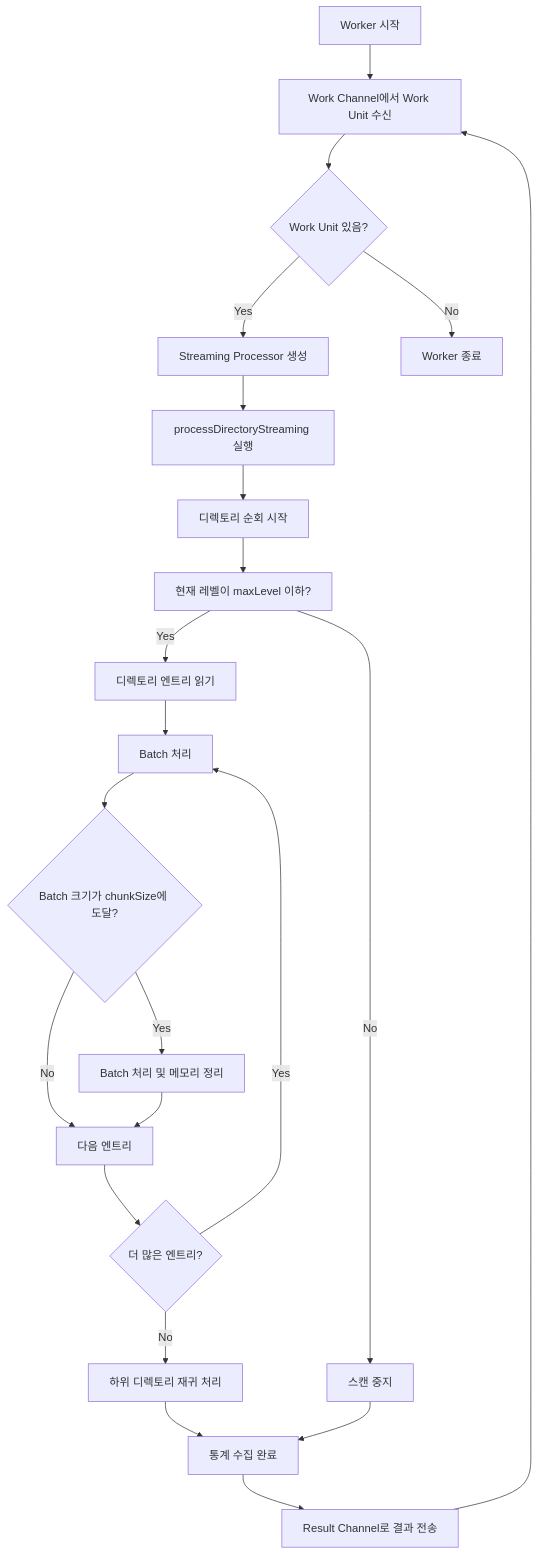
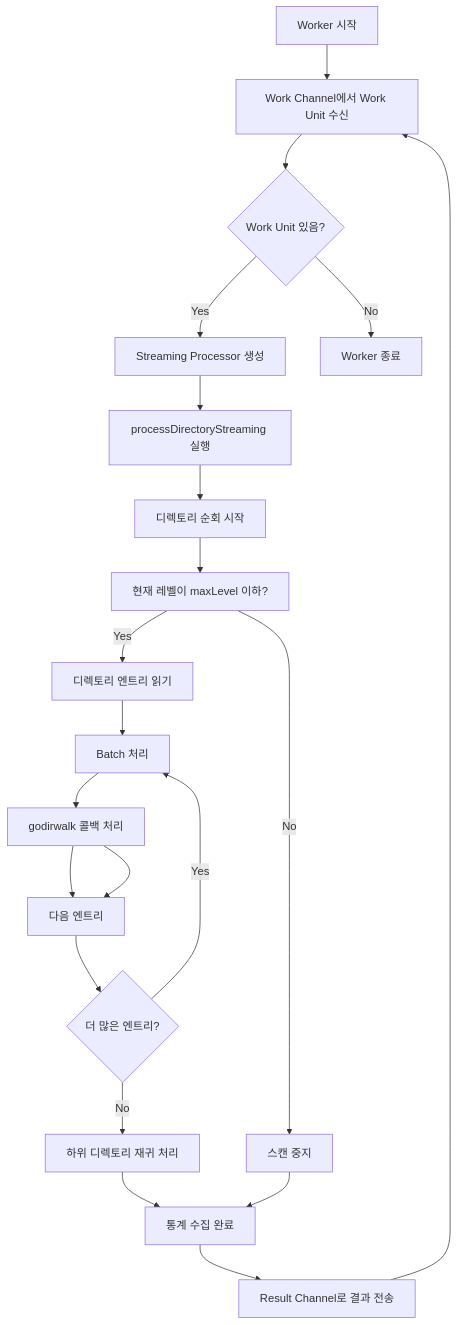
One commit to kkprj/disk_usage_exporter changed the third of 4 diagrams in WORKER_POOL_ARCHITECTURE.md. Above: the diagram before and after it, drawn with Mermaid. The commit also changed other lines of this file and 9 other files, not shown here.

````diff
--- a/WORKER_POOL_ARCHITECTURE.md
+++ b/WORKER_POOL_ARCHITECTURE.md
@@ -71,29 +71,28 @@
 ```mermaid
 flowchart TD
     A[Worker 시작] --> B[Work Channel에서 Work Unit 수신]
     B --> C{Work Unit 있음?}
     C -->|Yes| D[Streaming Processor 생성]
     C -->|No| Z[Worker 종료]
     
     D --> E[processDirectoryStreaming 실행]
     E --> F[디렉토리 순회 시작]
     
     F --> G[현재 레벨이 maxLevel 이하?]
     G -->|No| M[스캔 중지]
     G -->|Yes| H[디렉토리 엔트리 읽기]
     
     H --> I[Batch 처리]
-    I --> J{Batch 크기가 chunkSize에 도달?}
-    J -->|Yes| K[Batch 처리 및 메모리 정리]
-    J -->|No| L[다음 엔트리]
+    I --> K[godirwalk 콜백 처리]
+    K --> L[다음 엔트리]
     
     K --> L
     L --> N{더 많은 엔트리?}
     N -->|Yes| I
     N -->|No| O[하위 디렉토리 재귀 처리]
     
     O --> P[통계 수집 완료]
     M --> P
     P --> Q[Result Channel로 결과 전송]
     Q --> B
 ```
````
